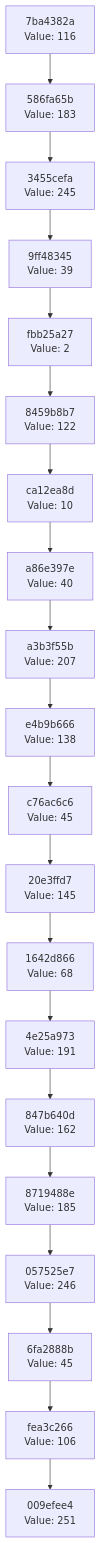
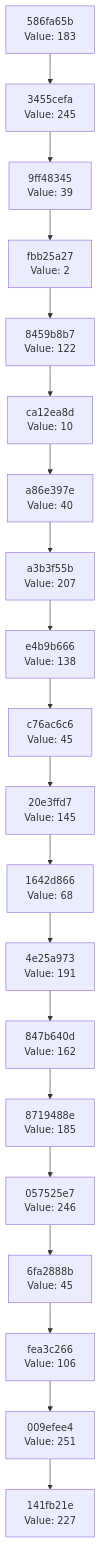
Before and after one commit to Abhisheksinha1506/hash-chain-evolver: the diagram in docs/CHAIN_VISUALIZATION.md, drawn with Mermaid. The commit also changed 1 other file, not shown here.

Commit message:
Evolution step: hash 0xE3 → action executed

````diff
--- a/docs/CHAIN_VISUALIZATION.md
+++ b/docs/CHAIN_VISUALIZATION.md
@@ -3,42 +3,42 @@
 ```mermaid
 graph TD
-    C0["009efee4<br/>Value: 251"]
-    C1["fea3c266<br/>Value: 106"]
+    C0["141fb21e<br/>Value: 227"]
+    C1["009efee4<br/>Value: 251"]
     C1 --> C0
-    C2["6fa2888b<br/>Value: 45"]
+    C2["fea3c266<br/>Value: 106"]
     C2 --> C1
-    C3["057525e7<br/>Value: 246"]
+    C3["6fa2888b<br/>Value: 45"]
     C3 --> C2
-    C4["8719488e<br/>Value: 185"]
+    C4["057525e7<br/>Value: 246"]
     C4 --> C3
-    C5["847b640d<br/>Value: 162"]
+    C5["8719488e<br/>Value: 185"]
     C5 --> C4
-    C6["4e25a973<br/>Value: 191"]
+    C6["847b640d<br/>Value: 162"]
     C6 --> C5
-    C7["1642d866<br/>Value: 68"]
+    C7["4e25a973<br/>Value: 191"]
     C7 --> C6
-    C8["20e3ffd7<br/>Value: 145"]
+    C8["1642d866<br/>Value: 68"]
     C8 --> C7
-    C9["c76ac6c6<br/>Value: 45"]
+    C9["20e3ffd7<br/>Value: 145"]
     C9 --> C8
-    C10["e4b9b666<br/>Value: 138"]
+    C10["c76ac6c6<br/>Value: 45"]
     C10 --> C9
-    C11["a3b3f55b<br/>Value: 207"]
+    C11["e4b9b666<br/>Value: 138"]
     C11 --> C10
-    C12["a86e397e<br/>Value: 40"]
+    C12["a3b3f55b<br/>Value: 207"]
     C12 --> C11
-    C13["ca12ea8d<br/>Value: 10"]
+    C13["a86e397e<br/>Value: 40"]
     C13 --> C12
-    C14["8459b8b7<br/>Value: 122"]
+    C14["ca12ea8d<br/>Value: 10"]
     C14 --> C13
-    C15["fbb25a27<br/>Value: 2"]
+    C15["8459b8b7<br/>Value: 122"]
     C15 --> C14
-    C16["9ff48345<br/>Value: 39"]
+    C16["fbb25a27<br/>Value: 2"]
     C16 --> C15
-    C17["3455cefa<br/>Value: 245"]
+    C17["9ff48345<br/>Value: 39"]
     C17 --> C16
-    C18["586fa65b<br/>Value: 183"]
+    C18["3455cefa<br/>Value: 245"]
     C18 --> C17
-    C19["7ba4382a<br/>Value: 116"]
+    C19["586fa65b<br/>Value: 183"]
     C19 --> C18
 ```
````
